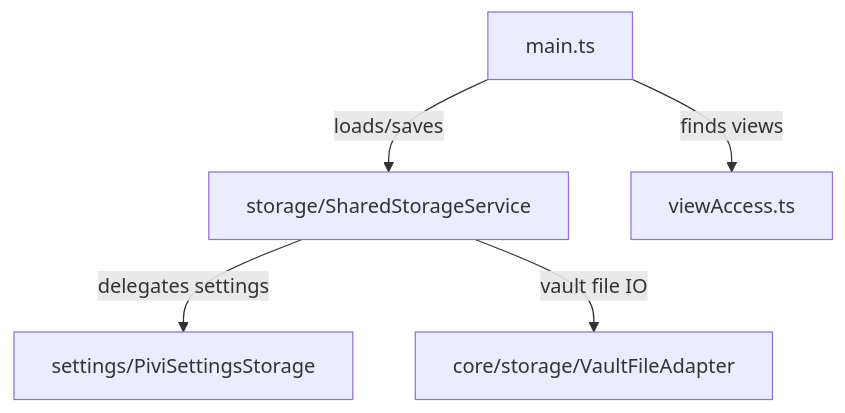
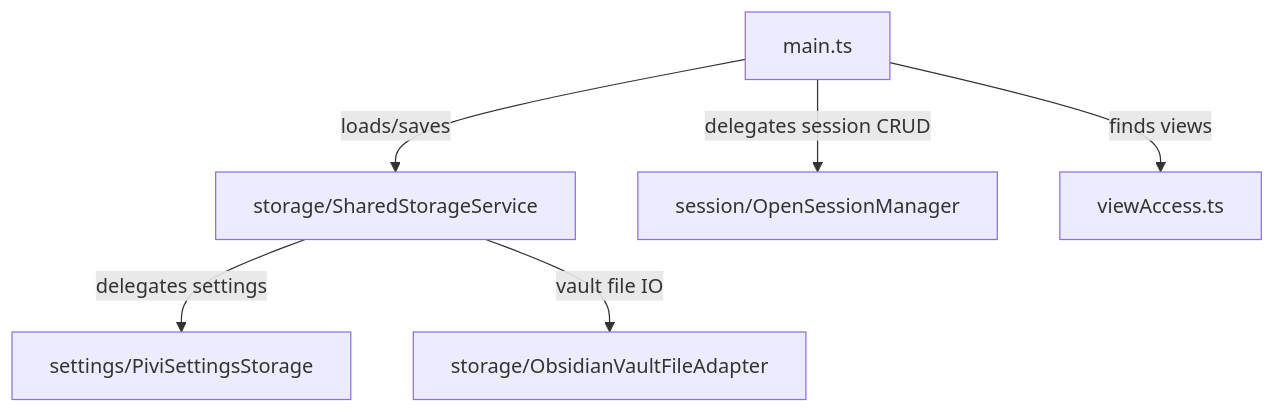
Before and after one commit to shuuul/obsidian-pivi: the diagram in src/app/AGENTS.md, drawn with Mermaid. The commit also changed other lines of this file and 62 other files, not shown here.

First line of the commit message:
refactor(core): enforce architecture boundaries

````diff
--- a/src/app/AGENTS.md
+++ b/src/app/AGENTS.md
@@ -7,7 +7,8 @@
 ```mermaid
 flowchart TD
   Main["main.ts"] -- "loads/saves" --> Storage["storage/SharedStorageService"]
   Storage -- "delegates settings" --> Settings["settings/PiviSettingsStorage"]
-  Storage -- "vault file IO" --> CoreStorage["core/storage/VaultFileAdapter"]
+  Storage -- "vault file IO" --> VaultAdapter["storage/ObsidianVaultFileAdapter"]
+  Main -- "delegates session CRUD" --> Sessions["session/OpenSessionManager"]
   Main -- "finds views" --> ViewAccess["viewAccess.ts"]
 ```
````
